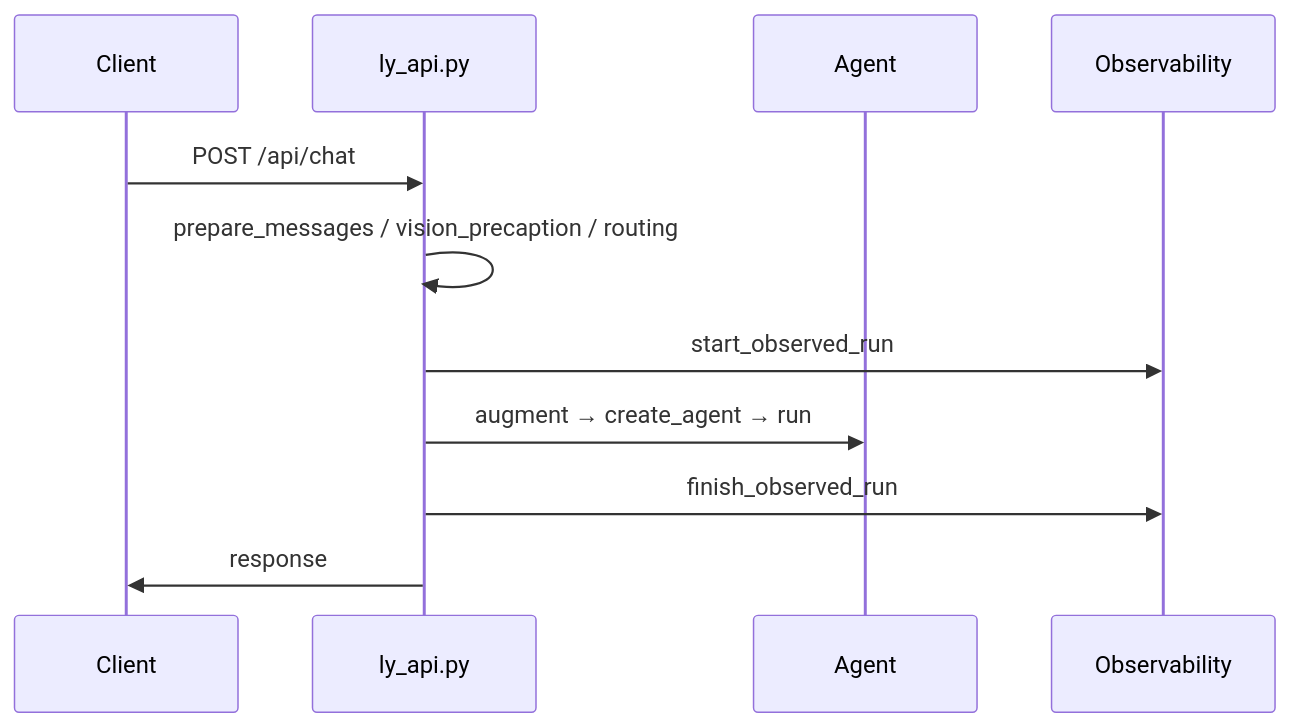
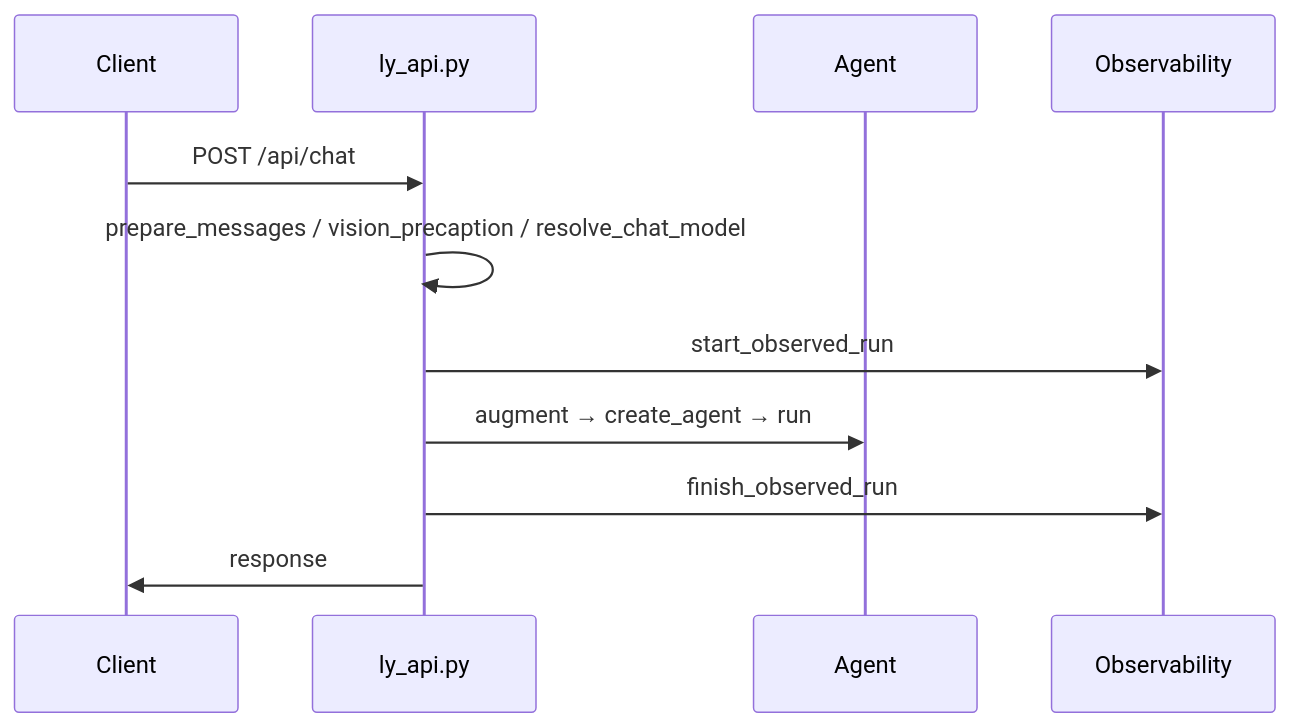
The diagram in TECHNICAL.md (liuyingjiang-wei/LY-NEXT), drawn with Mermaid before and after one commit. The commit also changed other lines of this file and 176 other files, not shown here.

````diff
--- a/TECHNICAL.md
+++ b/TECHNICAL.md
@@ -50,14 +50,14 @@
 ```mermaid
 sequenceDiagram
   participant C as Client
   participant API as ly_api.py
   participant A as Agent
   participant O as Observability
 
   C->>API: POST /api/chat
-  API->>API: prepare_messages / vision_precaption / routing
+  API->>API: prepare_messages / vision_precaption / resolve_chat_model
   API->>O: start_observed_run
   API->>A: augment → create_agent → run
   API->>O: finish_observed_run
   API->>C: response
 ```
````
